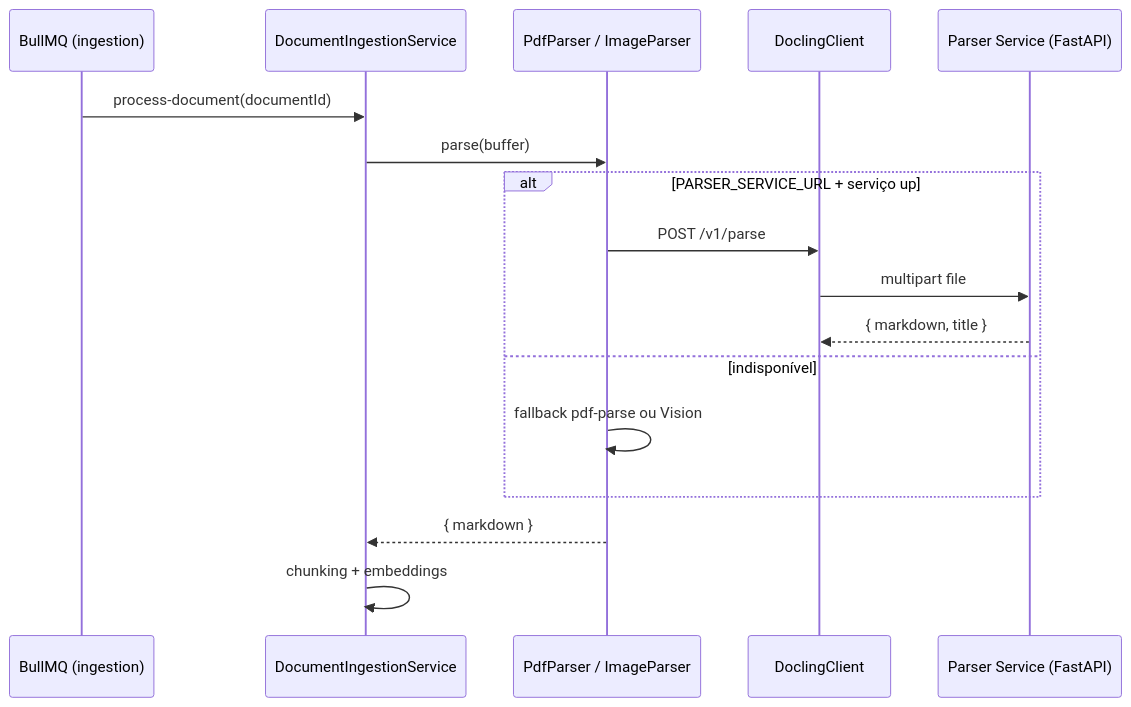
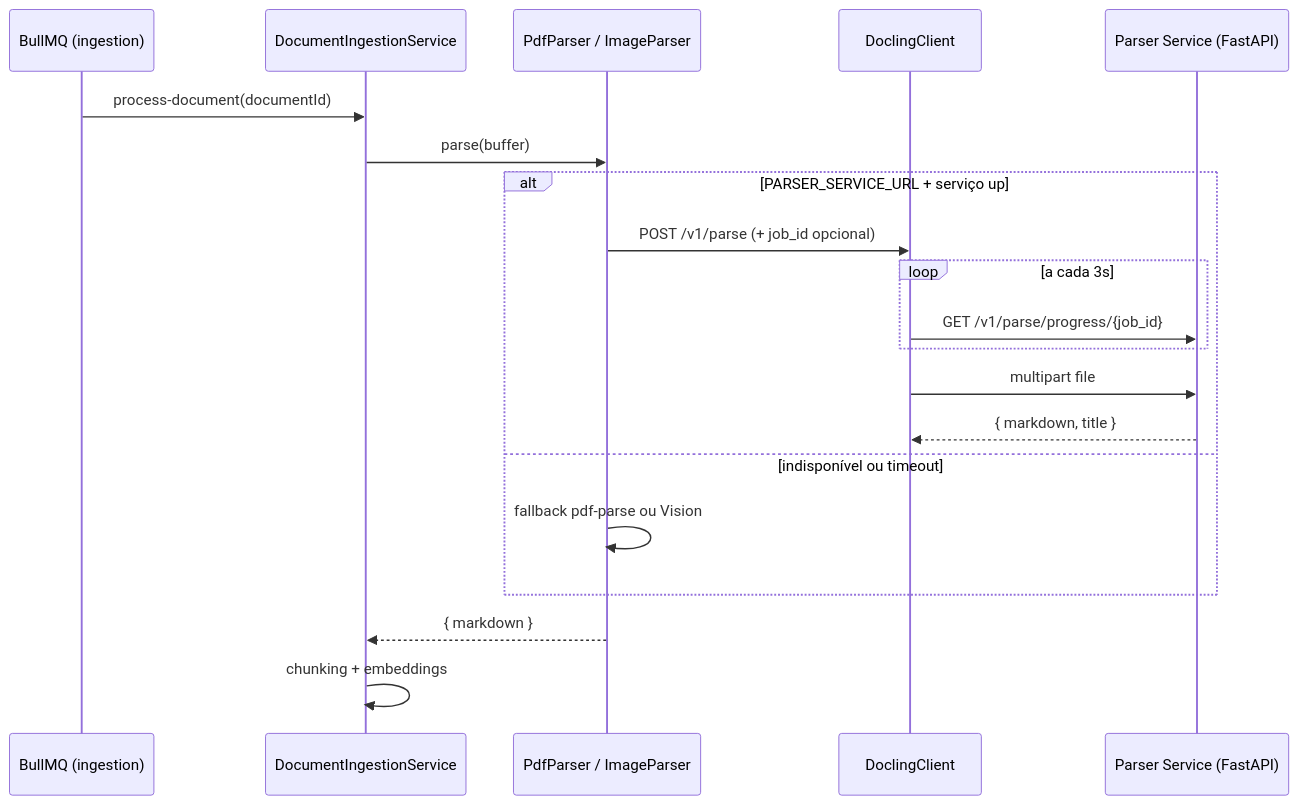
The diagram in docs/architecture/parser-service.md (rflsc/qi-conhecimento), drawn with Mermaid before and after one commit. The commit also changed other lines of this file and 36 other files, not shown here.

First line of the commit message:
Add Docling parse progress, cancel embeddings, and update docs.

````diff
--- a/docs/architecture/parser-service.md
+++ b/docs/architecture/parser-service.md
@@ -15,20 +15,23 @@
 ```mermaid
 sequenceDiagram
     participant Q as BullMQ (ingestion)
     participant D as DocumentIngestionService
     participant P as PdfParser / ImageParser
     participant DC as DoclingClient
     participant FS as Parser Service (FastAPI)
 
     Q->>D: process-document(documentId)
     D->>P: parse(buffer)
     alt PARSER_SERVICE_URL + serviço up
-        P->>DC: POST /v1/parse
+        P->>DC: POST /v1/parse (+ job_id opcional)
+        loop a cada 3s
+            DC->>FS: GET /v1/parse/progress/{job_id}
+        end
         DC->>FS: multipart file
         FS-->>DC: { markdown, title }
-    else indisponível
+    else indisponível ou timeout
         P->>P: fallback pdf-parse ou Vision
     end
     P-->>D: { markdown }
     D->>D: chunking + embeddings
 ```
````
